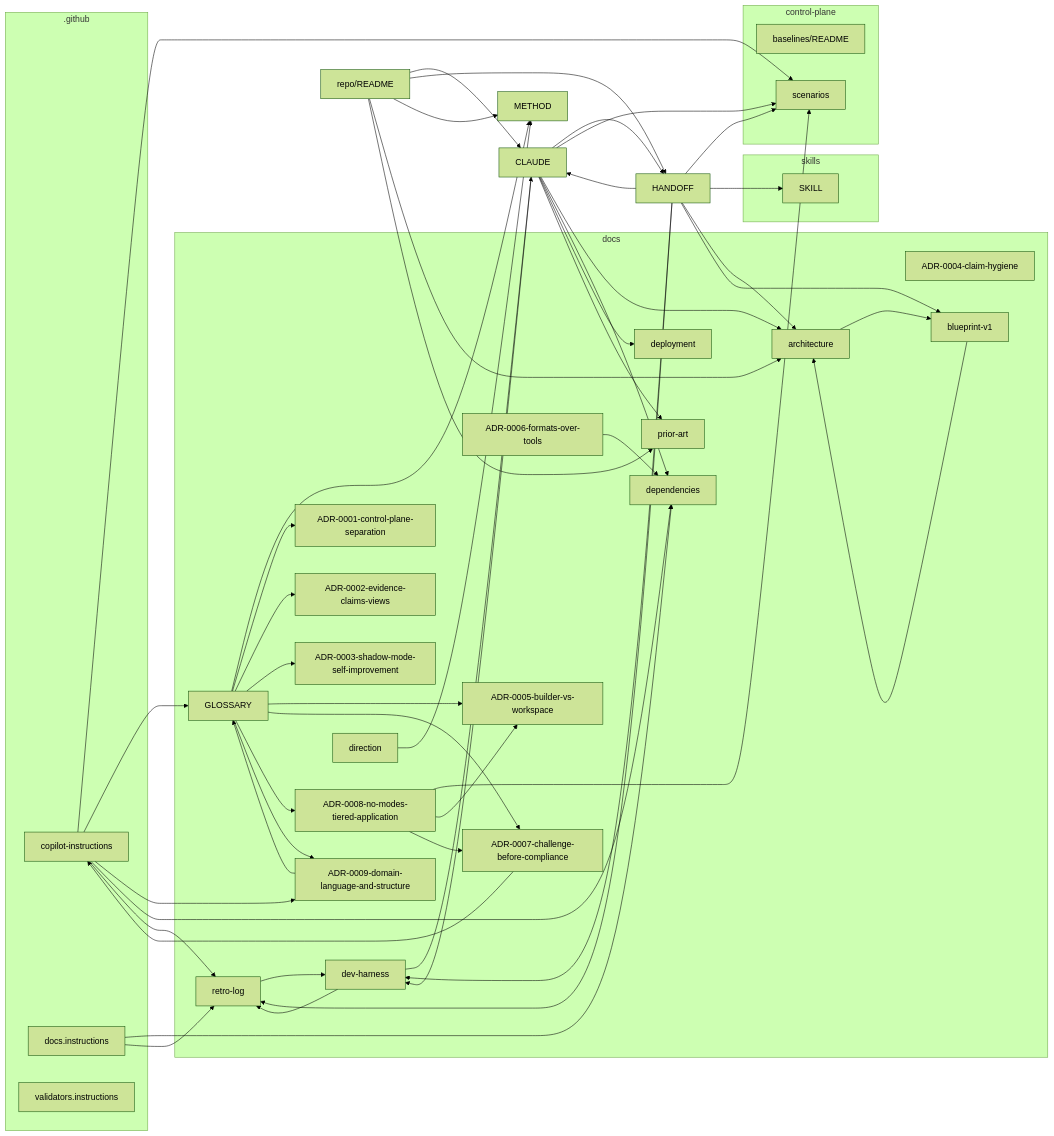
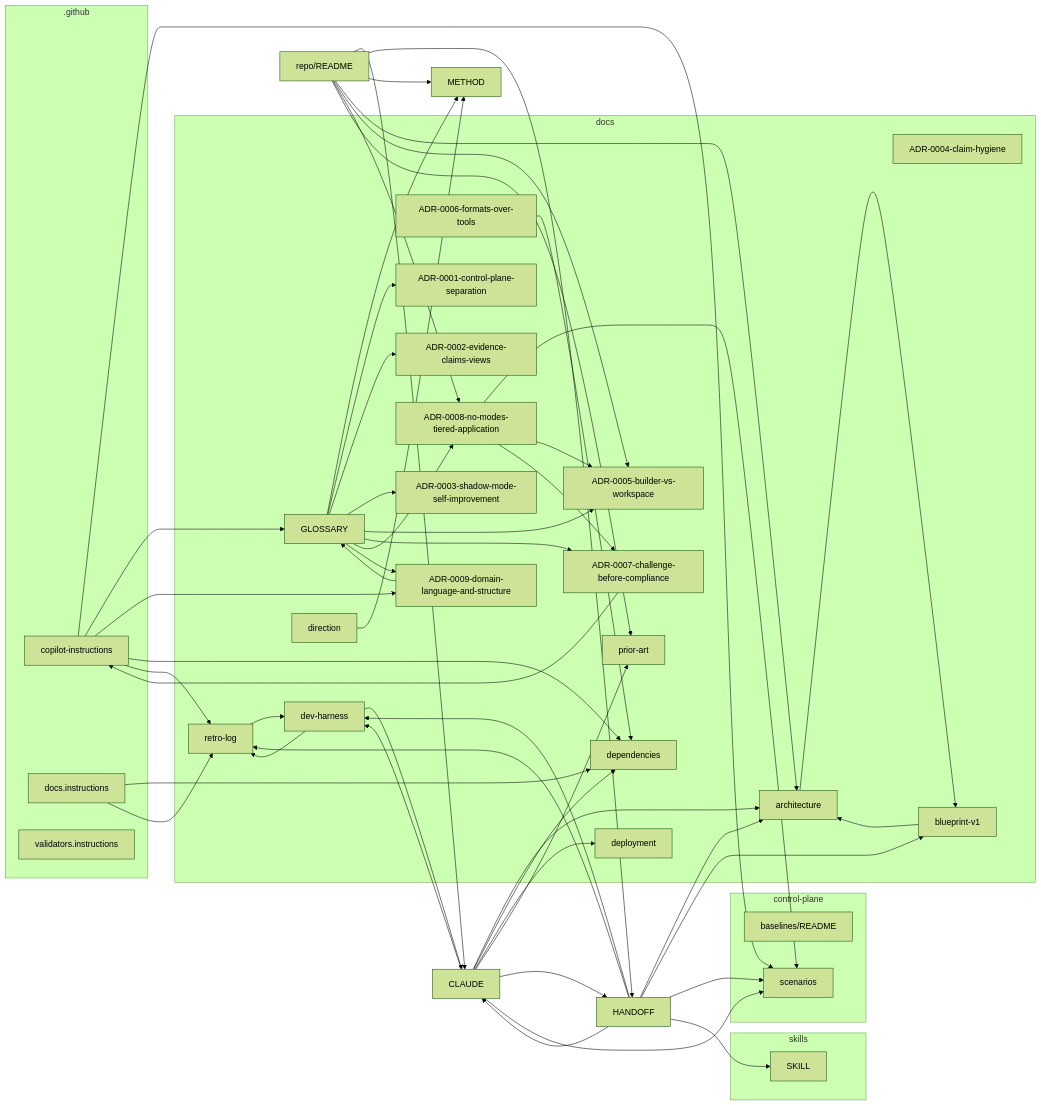
The diagram in docs/mindmap.md (boulaajaj/ai-mise), drawn with Mermaid (forest theme) before and after one commit. The commit also changed other lines of this file and 1 other file, not shown here.

Commit message:
README: persona-first opening; Builder vocabulary marked internal-only (stale vs ADR-0008)

```diff
--- a/docs/mindmap.md
+++ b/docs/mindmap.md
@@ -67,6 +67,8 @@
   README_md --> HANDOFF_md
   README_md --> METHOD_md
   README_md --> docs_architecture_md
+  README_md --> docs_decisions_ADR_0005_builder_vs_workspace_md
+  README_md --> docs_decisions_ADR_0008_no_modes_tiered_application_md
   README_md --> docs_prior_art_md
   docs_GLOSSARY_md --> METHOD_md
   docs_GLOSSARY_md --> docs_decisions_ADR_0001_control_plane_separation_md
```
